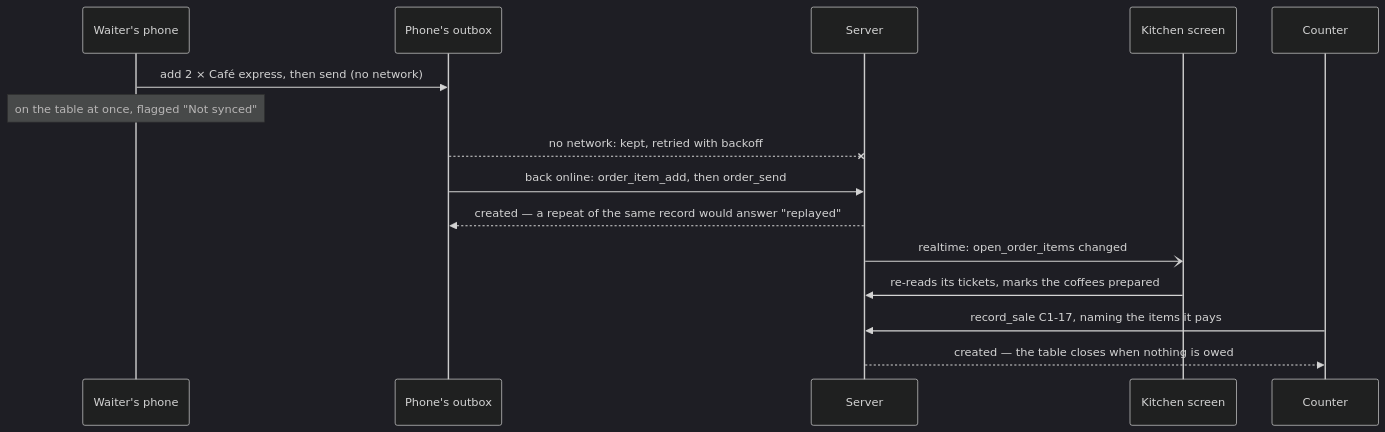
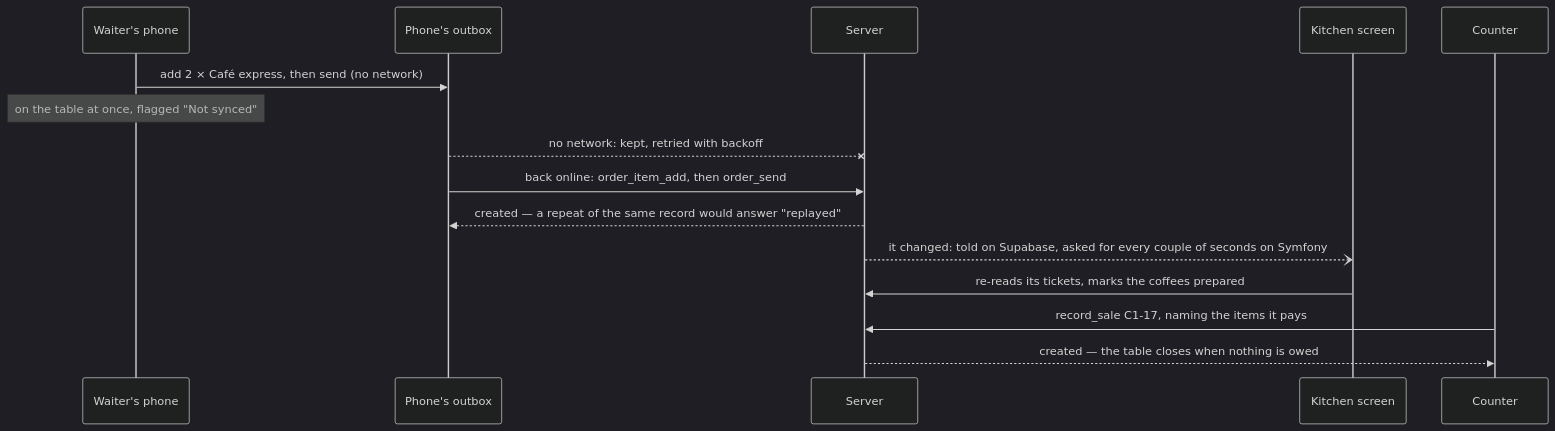
The second of 2 diagrams in README.md (benabderrahmenmohamed/Admindashboardforcassmachine), drawn with Mermaid (dark theme) before and after one commit. The commit also changed other lines of this file and 11 other files, not shown here.

````diff
--- a/README.md
+++ b/README.md
@@ -92,17 +94,17 @@
 ```mermaid
 sequenceDiagram
   participant W as Waiter's phone
   participant Q as Phone's outbox
   participant S as Server
   participant K as Kitchen screen
   participant C as Counter
   W->>Q: add 2 × Café express, then send (no network)
   Note over W: on the table at once, flagged "Not synced"
   Q--xS: no network: kept, retried with backoff
   Q->>S: back online: order_item_add, then order_send
   S-->>Q: created — a repeat of the same record would answer "replayed"
-  S-)K: realtime: open_order_items changed
+  S--)K: it changed: told on Supabase, asked for every couple of seconds on Symfony
   K->>S: re-reads its tickets, marks the coffees prepared
   C->>S: record_sale C1-17, naming the items it pays
   S-->>C: created — the table closes when nothing is owed
 ```
````
